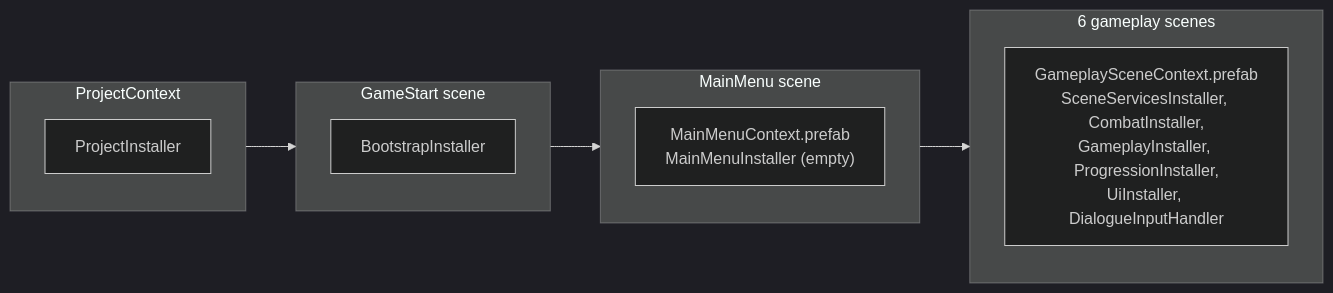
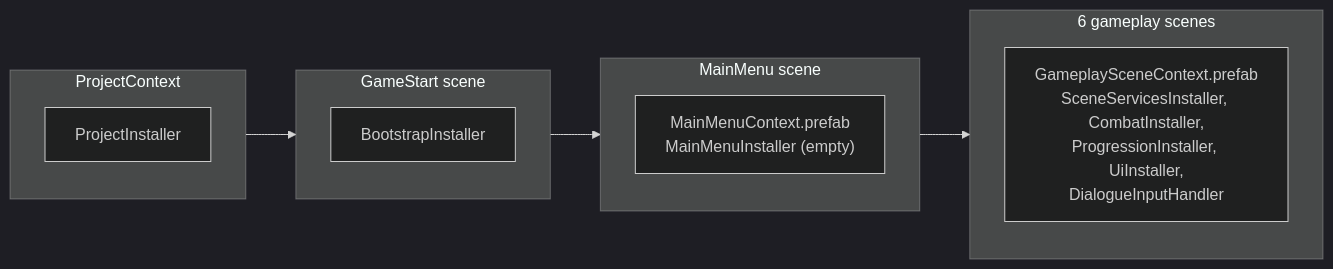
Before and after one commit to ruslanguba/DreamVille: the diagram in Docs/adr/0001-zenject-composition-root.md, drawn with Mermaid (dark theme). The commit also changed other lines of this file and 7 other files, not shown here.

````diff
--- a/Docs/adr/0001-zenject-composition-root.md
+++ b/Docs/adr/0001-zenject-composition-root.md
@@ -27,16 +27,16 @@
 ```mermaid
 flowchart LR
     subgraph Project["ProjectContext"]
         PI[ProjectInstaller]
     end
     subgraph Boot["GameStart scene"]
         BI[BootstrapInstaller]
     end
     subgraph Menu["MainMenu scene"]
         MMC["MainMenuContext.prefab<br/>MainMenuInstaller (empty)"]
     end
     subgraph Gameplay["6 gameplay scenes"]
-        GSC["GameplaySceneContext.prefab<br/>SceneServicesInstaller, CombatInstaller,<br/>GameplayInstaller, ProgressionInstaller,<br/>UiInstaller, DialogueInputHandler"]
+        GSC["GameplaySceneContext.prefab<br/>SceneServicesInstaller, CombatInstaller,<br/>ProgressionInstaller, UiInstaller,<br/>DialogueInputHandler"]
     end
     Project --> Boot --> Menu --> Gameplay
 ```
````
